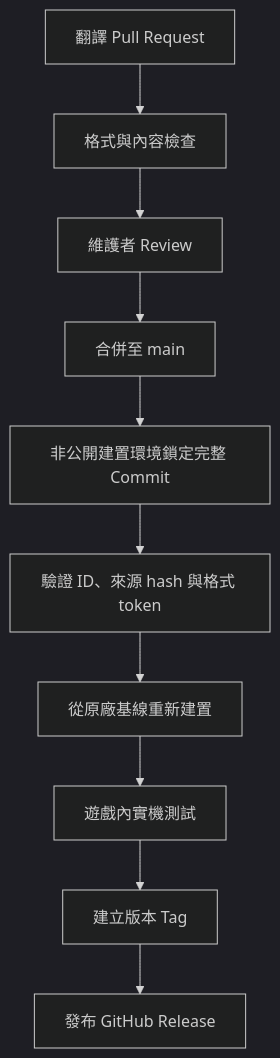
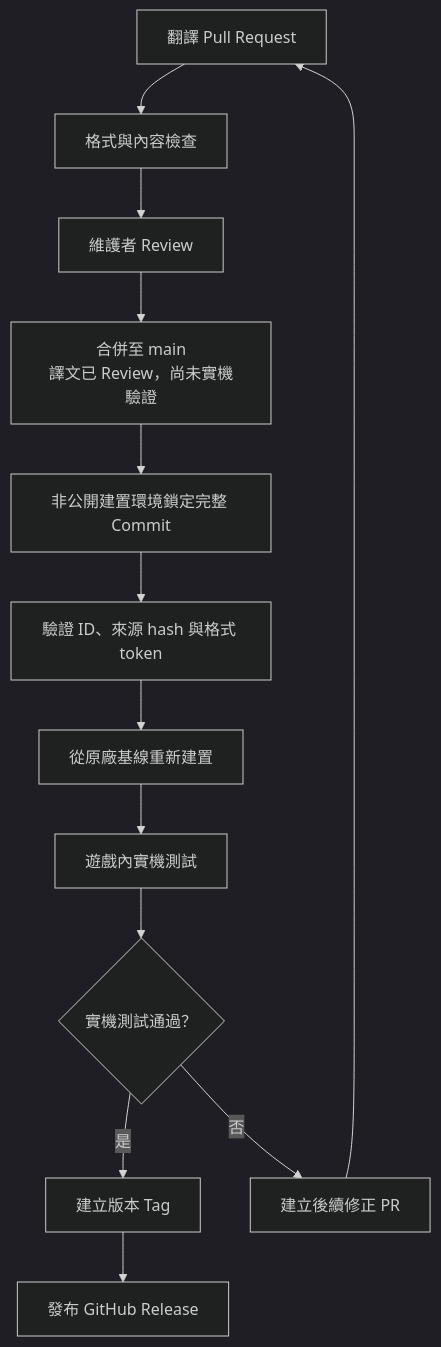
The second of 2 diagrams in README.md (AghDoo/Shantae-HGHU-TW), drawn with Mermaid (dark theme) before and after one commit. The commit also changed other lines of this file and 2 other files, not shown here.

Commit message:
docs(pr): 修正實機驗證階段契約

````diff
--- a/README.md
+++ b/README.md
@@ -44,12 +44,15 @@
 ```mermaid
 flowchart TD
     PR["翻譯 Pull Request"] --> Validate["格式與內容檢查"]
     Validate --> Review["維護者 Review"]
-    Review --> Merge["合併至 main"]
+    Review --> Merge["合併至 main<br/>譯文已 Review，尚未實機驗證"]
     Merge --> Update["非公開建置環境鎖定完整 Commit"]
     Update --> Build["驗證 ID、來源 hash 與格式 token"]
     Build --> Rebuild["從原廠基線重新建置"]
     Rebuild --> Test["遊戲內實機測試"]
-    Test --> Tag["建立版本 Tag"]
+    Test --> Result{"實機測試通過？"}
+    Result -- 是 --> Tag["建立版本 Tag"]
+    Result -- 否 --> FollowUp["建立後續修正 PR"]
+    FollowUp --> PR
     Tag --> Release["發布 GitHub Release"]
 ```
````
